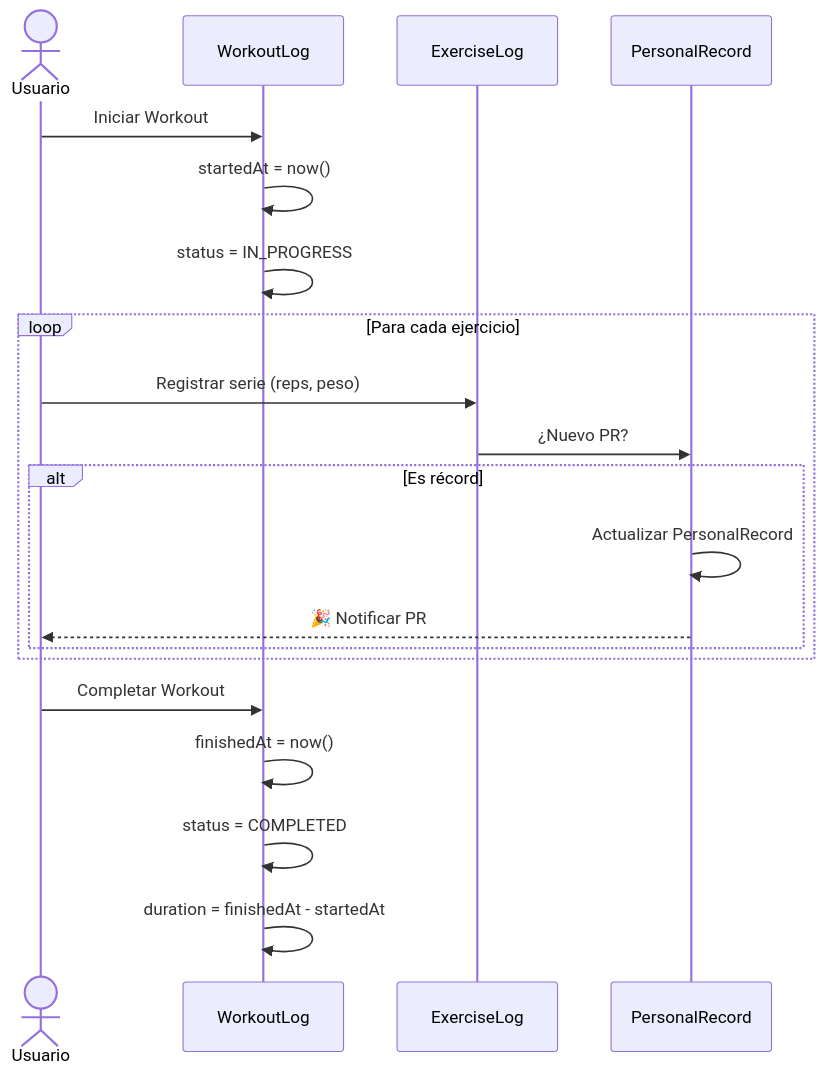
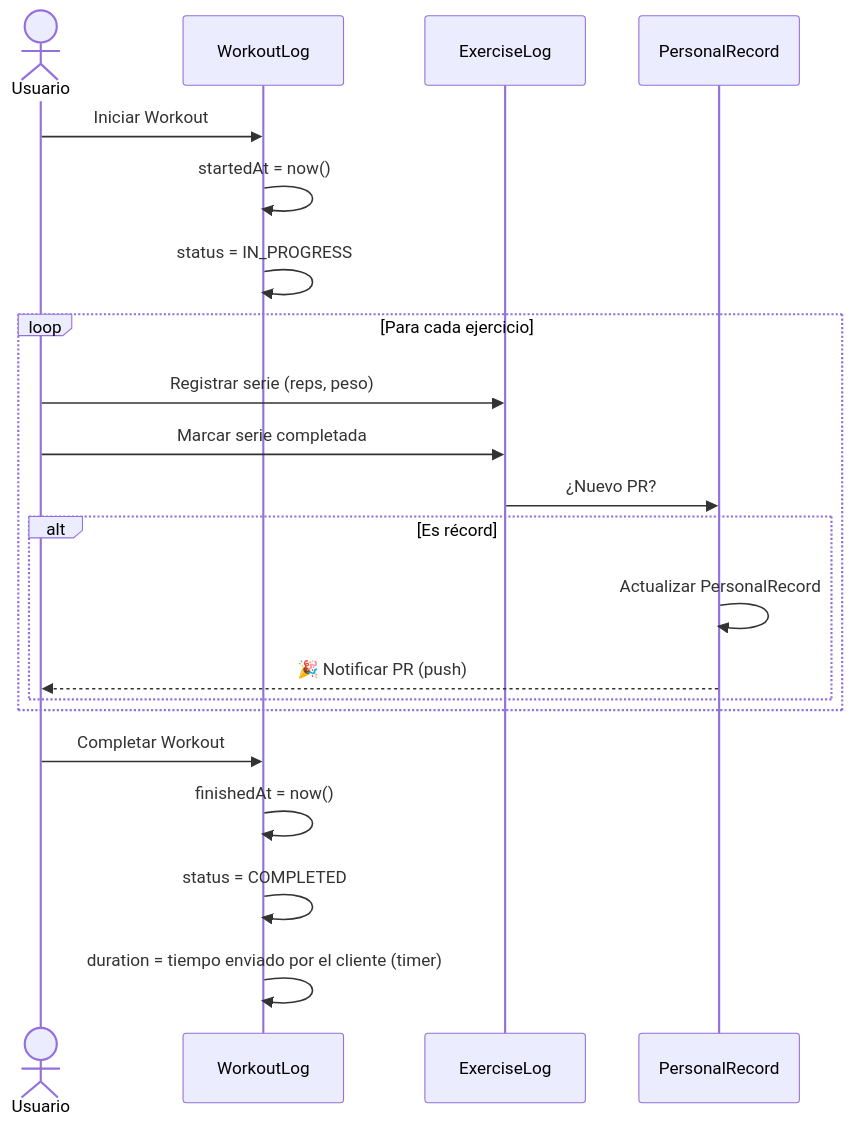
Before and after one commit to fedebracesco1990/fitflow: the eighth of 9 diagrams in docs/USER_FLOWS.md, drawn with Mermaid. The commit also changed other lines of this file and 6 other files, not shown here.

First line of the commit message:
docs: document audit-logs and scheduler, fix data model and user flows

````diff
--- a/docs/USER_FLOWS.md
+++ b/docs/USER_FLOWS.md
@@ -287,25 +313,26 @@
 ```mermaid
 sequenceDiagram
     actor U as Usuario
     participant W as WorkoutLog
     participant E as ExerciseLog
     participant PR as PersonalRecord
 
     U->>W: Iniciar Workout
     W->>W: startedAt = now()
     W->>W: status = IN_PROGRESS
 
     loop Para cada ejercicio
         U->>E: Registrar serie (reps, peso)
+        U->>E: Marcar serie completada
         E->>PR: ¿Nuevo PR?
         alt Es récord
             PR->>PR: Actualizar PersonalRecord
-            PR-->>U: 🎉 Notificar PR
+            PR-->>U: 🎉 Notificar PR (push)
         end
     end
 
     U->>W: Completar Workout
     W->>W: finishedAt = now()
     W->>W: status = COMPLETED
-    W->>W: duration = finishedAt - startedAt
+    W->>W: duration = tiempo enviado por el cliente (timer)
 ```
````
